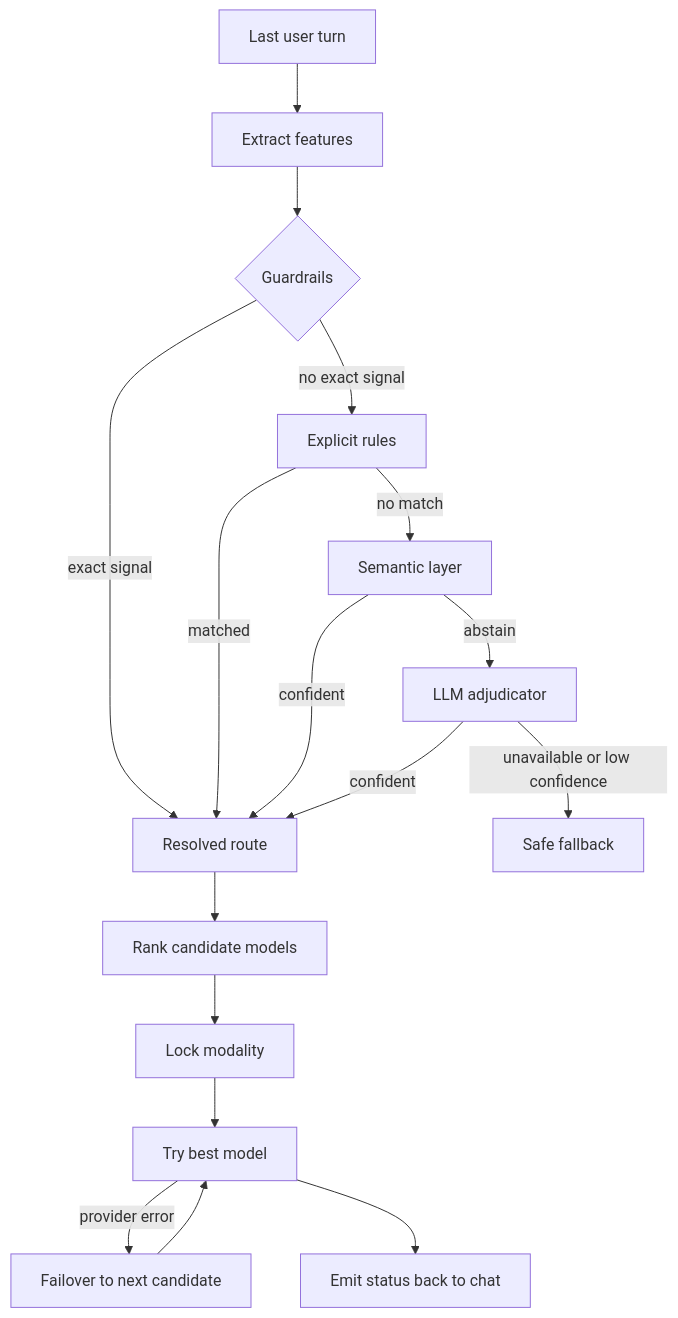
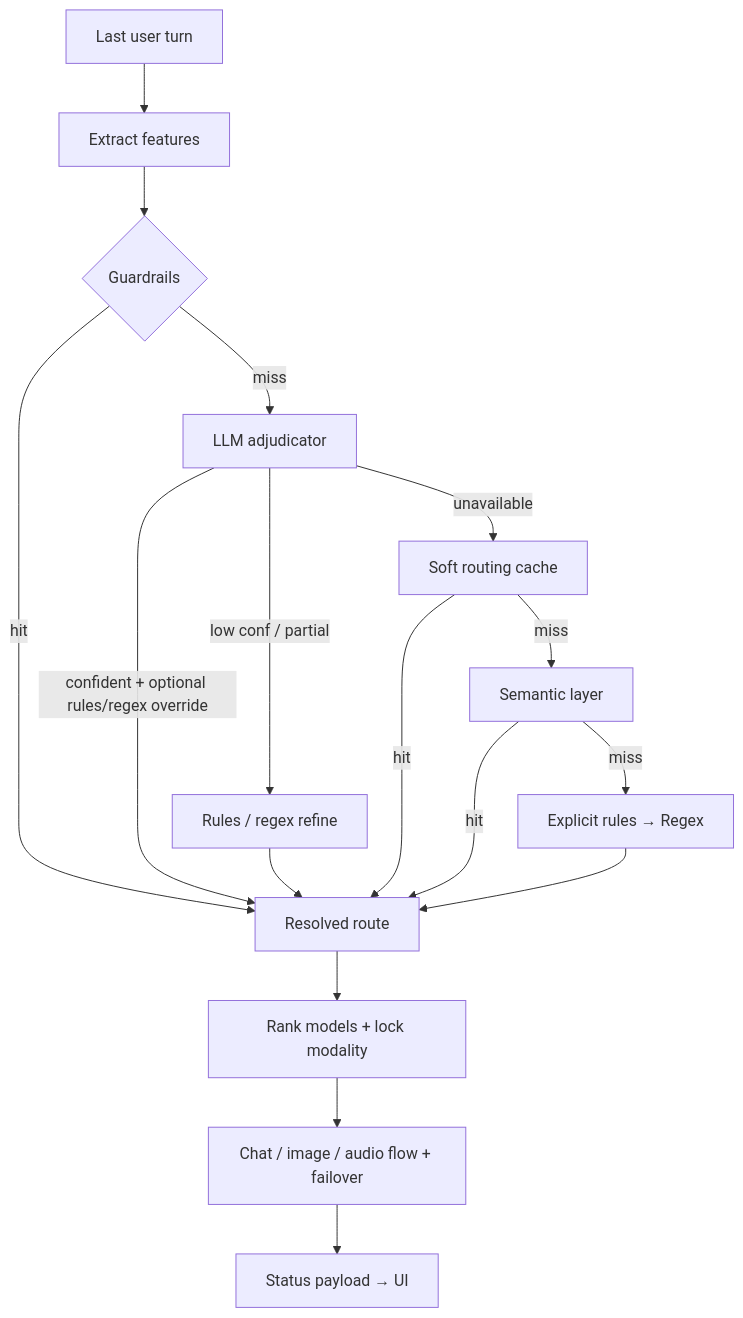
One commit to IT-AUL/true-tech-hack-2026 changed the third of 3 diagrams in docs/auto-routing-presentation-brief.md. Above: the diagram before and after it, drawn with Mermaid. The commit also changed other lines of this file and 2 other files, not shown here.

Commit message:
docs: README and auto-routing brief; fix(frontend): TipTap duplicate extensions in rich text

````diff
--- a/docs/auto-routing-presentation-brief.md
+++ b/docs/auto-routing-presentation-brief.md
@@ -117,20 +132,20 @@
 ```mermaid
 flowchart TD
     A[Last user turn] --> B[Extract features]
     B --> C{Guardrails}
-    C -->|exact signal| G[Resolved route]
-    C -->|no exact signal| D[Explicit rules]
-    D -->|matched| G
-    D -->|no match| E[Semantic layer]
-    E -->|confident| G
-    E -->|abstain| F[LLM adjudicator]
-    F -->|confident| G
-    F -->|unavailable or low confidence| H[Safe fallback]
+    C -->|hit| G[Resolved route]
+    C -->|miss| L[LLM adjudicator]
+    L -->|confident + optional rules/regex override| G
+    L -->|low conf / partial| L2[Rules / regex refine]
+    L2 --> G
+    L -->|unavailable| K[Soft routing cache]
+    K -->|hit| G
+    K -->|miss| S[Semantic layer]
+    S -->|hit| G
+    S -->|miss| R[Explicit rules → Regex]
+    R --> G
 
-    G --> I[Rank candidate models]
-    I --> J[Lock modality]
-    J --> K[Try best model]
-    K -->|provider error| L[Failover to next candidate]
-    L --> K
-    K --> M[Emit status back to chat]
+    G --> I[Rank models + lock modality]
+    I --> J[Chat / image / audio flow + failover]
+    J --> M[Status payload → UI]
 ```
````
